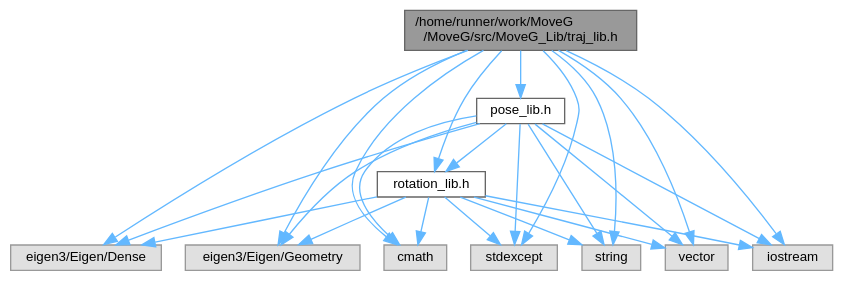
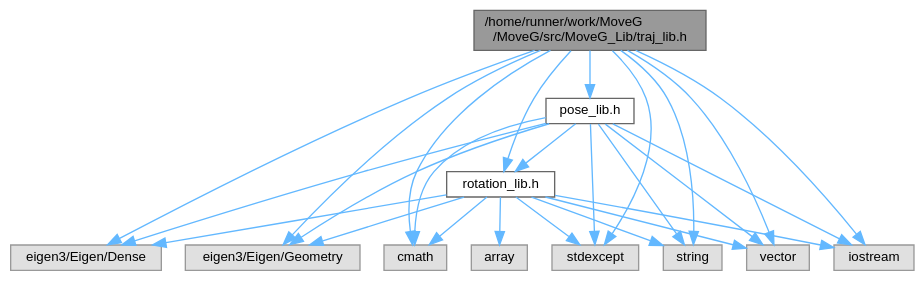
The diagram in traj__lib_8h__incl.dot (GiorgioMedico/MoveG), drawn with Graphviz before and after one commit. The commit also changed 35 other files, not shown here.

```diff
--- a/traj__lib_8h__incl.dot
+++ b/traj__lib_8h__incl.dot
@@ -1,41 +1,43 @@
 digraph "/home/runner/work/MoveG/MoveG/src/MoveG_Lib/traj_lib.h"
 {
  // LATEX_PDF_SIZE
   bgcolor="transparent";
   edge [fontname=Helvetica,fontsize=10,labelfontname=Helvetica,labelfontsize=10];
   node [fontname=Helvetica,fontsize=10,shape=box,height=0.2,width=0.4];
   Node1 [id="Node000001",label="/home/runner/work/MoveG\l/MoveG/src/MoveG_Lib/traj_lib.h",height=0.2,width=0.4,color="gray40", fillcolor="grey60", style="filled", fontcolor="black",tooltip="Classe per la rappresentazione di Traiettorie."];
   Node1 -> Node2 [id="edge1_Node000001_Node000002",color="steelblue1",style="solid",tooltip=" "];
   Node2 [id="Node000002",label="eigen3/Eigen/Dense",height=0.2,width=0.4,color="grey60", fillcolor="#E0E0E0", style="filled",tooltip=" "];
   Node1 -> Node3 [id="edge2_Node000001_Node000003",color="steelblue1",style="solid",tooltip=" "];
   Node3 [id="Node000003",label="eigen3/Eigen/Geometry",height=0.2,width=0.4,color="grey60", fillcolor="#E0E0E0", style="filled",tooltip=" "];
   Node1 -> Node4 [id="edge3_Node000001_Node000004",color="steelblue1",style="solid",tooltip=" "];
   Node4 [id="Node000004",label="cmath",height=0.2,width=0.4,color="grey60", fillcolor="#E0E0E0", style="filled",tooltip=" "];
   Node1 -> Node5 [id="edge4_Node000001_Node000005",color="steelblue1",style="solid",tooltip=" "];
   Node5 [id="Node000005",label="iostream",height=0.2,width=0.4,color="grey60", fillcolor="#E0E0E0", style="filled",tooltip=" "];
   Node1 -> Node6 [id="edge5_Node000001_Node000006",color="steelblue1",style="solid",tooltip=" "];
   Node6 [id="Node000006",label="stdexcept",height=0.2,width=0.4,color="grey60", fillcolor="#E0E0E0", style="filled",tooltip=" "];
   Node1 -> Node7 [id="edge6_Node000001_Node000007",color="steelblue1",style="solid",tooltip=" "];
   Node7 [id="Node000007",label="string",height=0.2,width=0.4,color="grey60", fillcolor="#E0E0E0", style="filled",tooltip=" "];
   Node1 -> Node8 [id="edge7_Node000001_Node000008",color="steelblue1",style="solid",tooltip=" "];
   Node8 [id="Node000008",label="vector",height=0.2,width=0.4,color="grey60", fillcolor="#E0E0E0", style="filled",tooltip=" "];
   Node1 -> Node9 [id="edge8_Node000001_Node000009",color="steelblue1",style="solid",tooltip=" "];
   Node9 [id="Node000009",label="pose_lib.h",height=0.2,width=0.4,color="grey40", fillcolor="white", style="filled",URL="$pose__lib_8h.html",tooltip="Classe per la rappresentazione di Pose."];
   Node9 -> Node2 [id="edge9_Node000009_Node000002",color="steelblue1",style="solid",tooltip=" "];
   Node9 -> Node3 [id="edge10_Node000009_Node000003",color="steelblue1",style="solid",tooltip=" "];
   Node9 -> Node4 [id="edge11_Node000009_Node000004",color="steelblue1",style="solid",tooltip=" "];
   Node9 -> Node5 [id="edge12_Node000009_Node000005",color="steelblue1",style="solid",tooltip=" "];
   Node9 -> Node6 [id="edge13_Node000009_Node000006",color="steelblue1",style="solid",tooltip=" "];
   Node9 -> Node7 [id="edge14_Node000009_Node000007",color="steelblue1",style="solid",tooltip=" "];
   Node9 -> Node8 [id="edge15_Node000009_Node000008",color="steelblue1",style="solid",tooltip=" "];
   Node9 -> Node10 [id="edge16_Node000009_Node000010",color="steelblue1",style="solid",tooltip=" "];
   Node10 [id="Node000010",label="rotation_lib.h",height=0.2,width=0.4,color="grey40", fillcolor="white", style="filled",URL="$rotation__lib_8h.html",tooltip="Class for representing and manipulating 3D rotations."];
   Node10 -> Node2 [id="edge17_Node000010_Node000002",color="steelblue1",style="solid",tooltip=" "];
   Node10 -> Node3 [id="edge18_Node000010_Node000003",color="steelblue1",style="solid",tooltip=" "];
-  Node10 -> Node4 [id="edge19_Node000010_Node000004",color="steelblue1",style="solid",tooltip=" "];
-  Node10 -> Node5 [id="edge20_Node000010_Node000005",color="steelblue1",style="solid",tooltip=" "];
-  Node10 -> Node6 [id="edge21_Node000010_Node000006",color="steelblue1",style="solid",tooltip=" "];
-  Node10 -> Node7 [id="edge22_Node000010_Node000007",color="steelblue1",style="solid",tooltip=" "];
-  Node10 -> Node8 [id="edge23_Node000010_Node000008",color="steelblue1",style="solid",tooltip=" "];
-  Node1 -> Node10 [id="edge24_Node000001_Node000010",color="steelblue1",style="solid",tooltip=" "];
+  Node10 -> Node11 [id="edge19_Node000010_Node000011",color="steelblue1",style="solid",tooltip=" "];
+  Node11 [id="Node000011",label="array",height=0.2,width=0.4,color="grey60", fillcolor="#E0E0E0", style="filled",tooltip=" "];
+  Node10 -> Node4 [id="edge20_Node000010_Node000004",color="steelblue1",style="solid",tooltip=" "];
+  Node10 -> Node5 [id="edge21_Node000010_Node000005",color="steelblue1",style="solid",tooltip=" "];
+  Node10 -> Node6 [id="edge22_Node000010_Node000006",color="steelblue1",style="solid",tooltip=" "];
+  Node10 -> Node7 [id="edge23_Node000010_Node000007",color="steelblue1",style="solid",tooltip=" "];
+  Node10 -> Node8 [id="edge24_Node000010_Node000008",color="steelblue1",style="solid",tooltip=" "];
+  Node1 -> Node10 [id="edge25_Node000001_Node000010",color="steelblue1",style="solid",tooltip=" "];
 }
```
